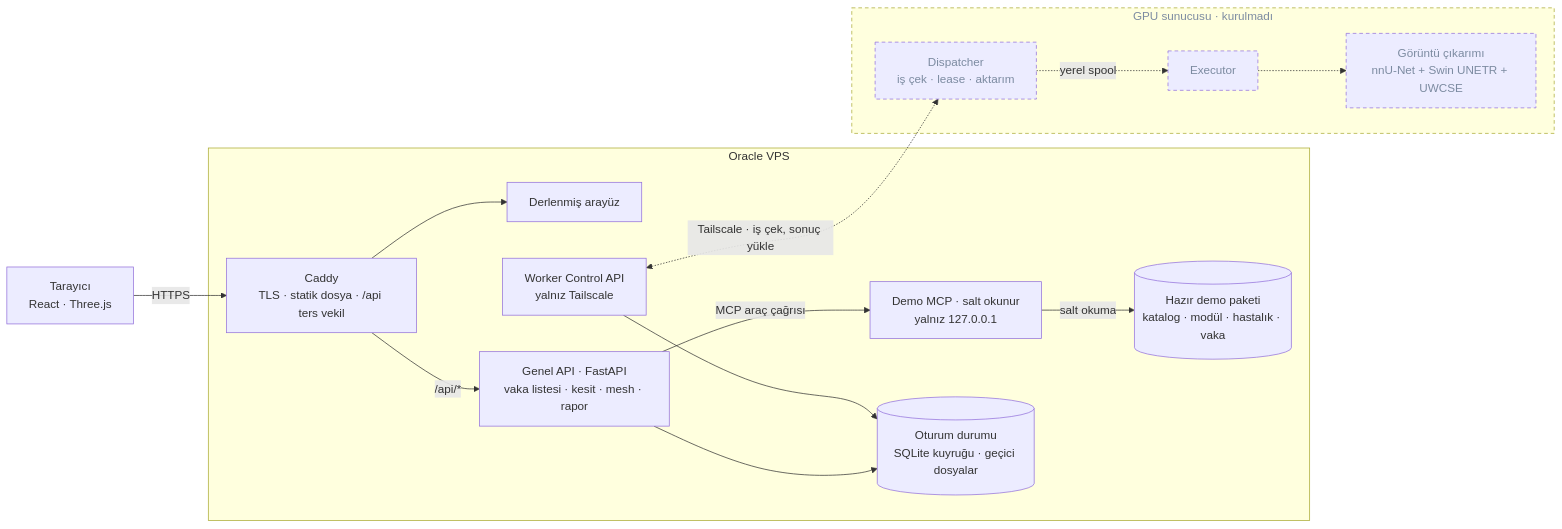
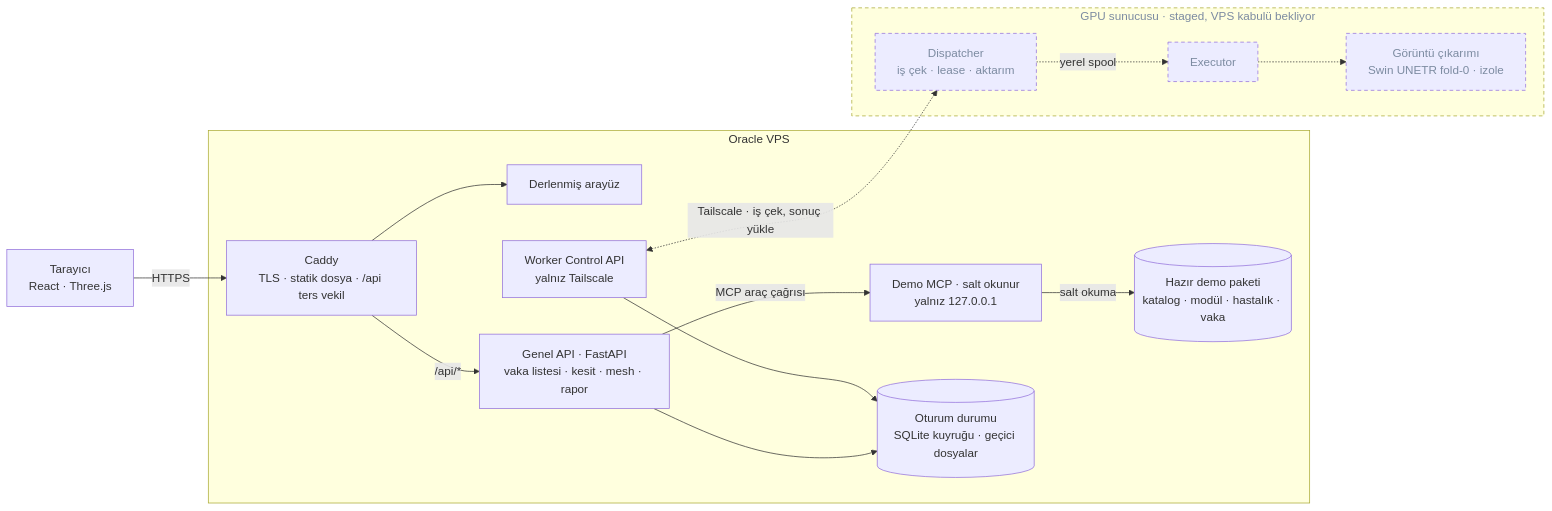
One commit to AbdullahZeynel/MERGEN changed the diagram in README.md. Above: the diagram before and after it, drawn with Mermaid. The commit also changed other lines of this file and 6 other files, not shown here.

````diff
--- a/README.md
+++ b/README.md
@@ -54,34 +61,34 @@
 ```mermaid
 flowchart LR
     U["Tarayıcı<br/>React · Three.js"]
 
     subgraph VPS["Oracle VPS"]
         CADDY["Caddy<br/>TLS · statik dosya · /api ters vekil"]
         STATIC["Derlenmiş arayüz"]
         API["Genel API · FastAPI<br/>vaka listesi · kesit · mesh · rapor"]
         MCP["Demo MCP · salt okunur<br/>yalnız 127.0.0.1"]
         CTRL["Worker Control API<br/>yalnız Tailscale"]
         DISK[("Hazır demo paketi<br/>katalog · modül · hastalık · vaka")]
         STATE[("Oturum durumu<br/>SQLite kuyruğu · geçici dosyalar")]
     end
 
-    subgraph GPU["GPU sunucusu · kurulmadı"]
+    subgraph GPU["GPU sunucusu · staged, VPS kabulü bekliyor"]
         W["Dispatcher<br/>iş çek · lease · aktarım"]
         X["Executor"]
-        IMG["Görüntü çıkarımı<br/>nnU-Net + Swin UNETR + UWCSE"]
+        IMG["Görüntü çıkarımı<br/>Swin UNETR fold-0 · izole"]
     end
 
     U -->|HTTPS| CADDY
     CADDY --> STATIC
     CADDY -->|"/api/*"| API
     API -->|"MCP araç çağrısı"| MCP
     MCP -->|"salt okuma"| DISK
     API --> STATE
     CTRL --> STATE
     CTRL <-. "Tailscale · iş çek, sonuç yükle" .-> W
     W -. "yerel spool" .-> X
     X -.-> IMG
 
     classDef planlanan stroke-dasharray:5 4,color:#7c8ba1
     class GPU,W,X,IMG planlanan
 ```
````
